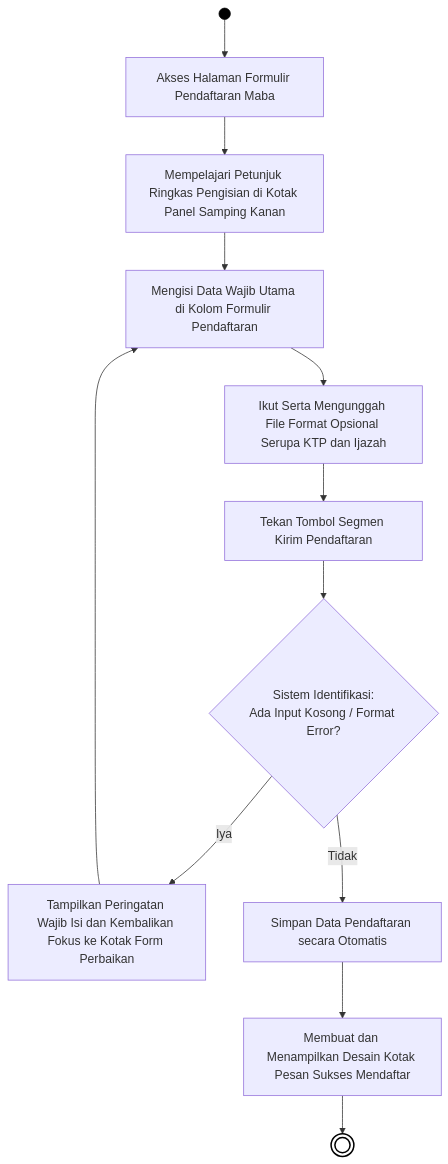
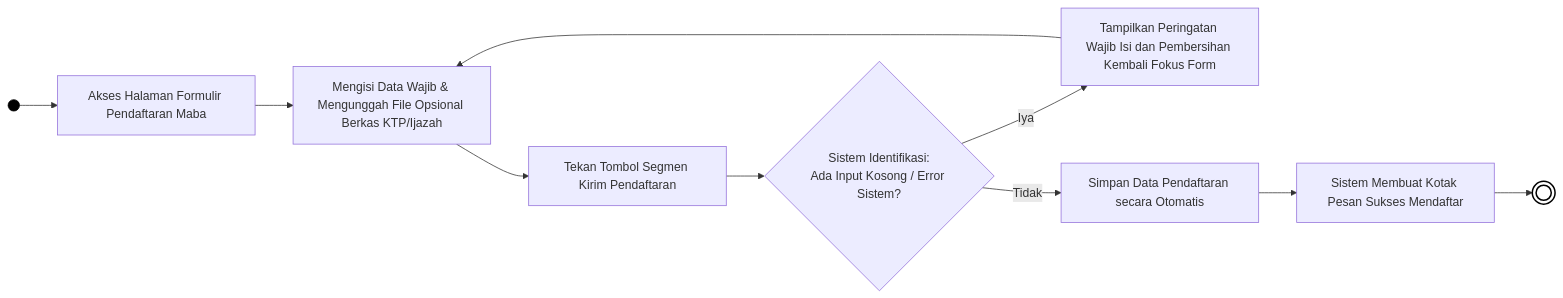
The sixth of 12 diagrams in docs/01B_DIAGRAM_AKTIVITAS_PUBLIK.md (arbain-dev/Web_fikom), drawn with Mermaid before and after one commit. The commit also changed other lines of this file, not shown here.

Commit message:
docs: merombak seluruh orientasi diagram aktivitas menjadi horizontal (LR) serta fan-out agar mengular ke samping alih-alih memanjang tajam ke bawah

````diff
--- a/docs/01B_DIAGRAM_AKTIVITAS_PUBLIK.md
+++ b/docs/01B_DIAGRAM_AKTIVITAS_PUBLIK.md
@@ -170,22 +147,18 @@
 ```mermaid
-flowchart TD
+flowchart LR
     Start(( )) --> A[Akses Halaman Formulir Pendaftaran Maba]
     
-    A --> B[Mempelajari Petunjuk Ringkas Pengisian di Kotak Panel Samping Kanan]
-    B --> C[Mengisi Data Wajib Utama di Kolom Formulir Pendaftaran]
-    C --> D[Ikut Serta Mengunggah File Format Opsional Serupa KTP dan Ijazah]
+    A --> B[Mengisi Data Wajib & Mengunggah File Opsional Berkas KTP/Ijazah]
+    B --> C[Tekan Tombol Segmen Kirim Pendaftaran]
+    C --> D{Sistem Identifikasi:\nAda Input Kosong / Error Sistem?}
     
-    D --> E[Tekan Tombol Segmen Kirim Pendaftaran]
+    D -- Iya --> E[Tampilkan Peringatan Wajib Isi dan Pembersihan Kembali Fokus Form]
+    E --> B
     
-    E --> F{Sistem Identifikasi:\nAda Input Kosong / Format Error?}
-    
-    F -- Iya --> G[Tampilkan Peringatan Wajib Isi dan Kembalikan Fokus ke Kotak Form Perbaikan]
-    G --> C
-    
-    F -- Tidak --> H[Simpan Data Pendaftaran secara Otomatis]
-    H --> I[Membuat dan Menampilkan Desain Kotak Pesan Sukses Mendaftar]
-    I --> End((( )))
+    D -- Tidak --> F[Simpan Data Pendaftaran secara Otomatis]
+    F --> G[Sistem Membuat Kotak Pesan Sukses Mendaftar]
+    G --> End((( )))
     
     style Start fill:#000,stroke:#000,color:#000
     style End fill:#fff,stroke:#000,stroke-width:2px
 ```
````
